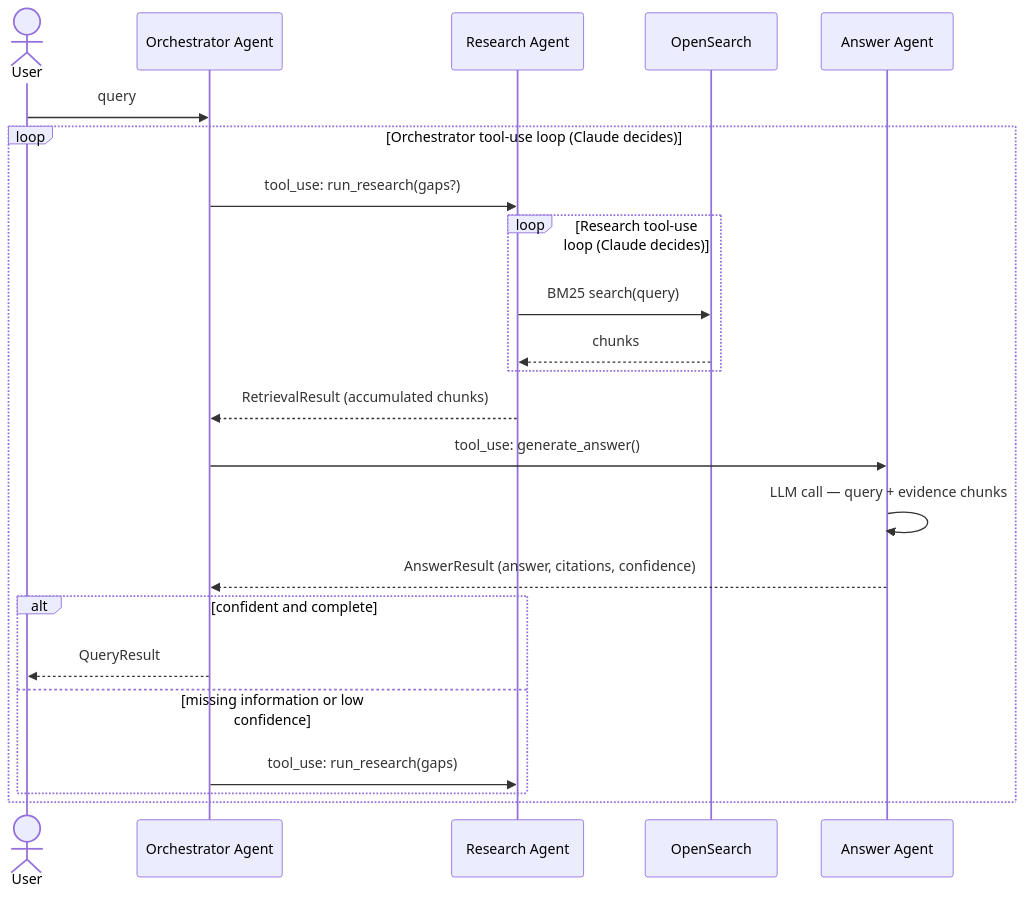
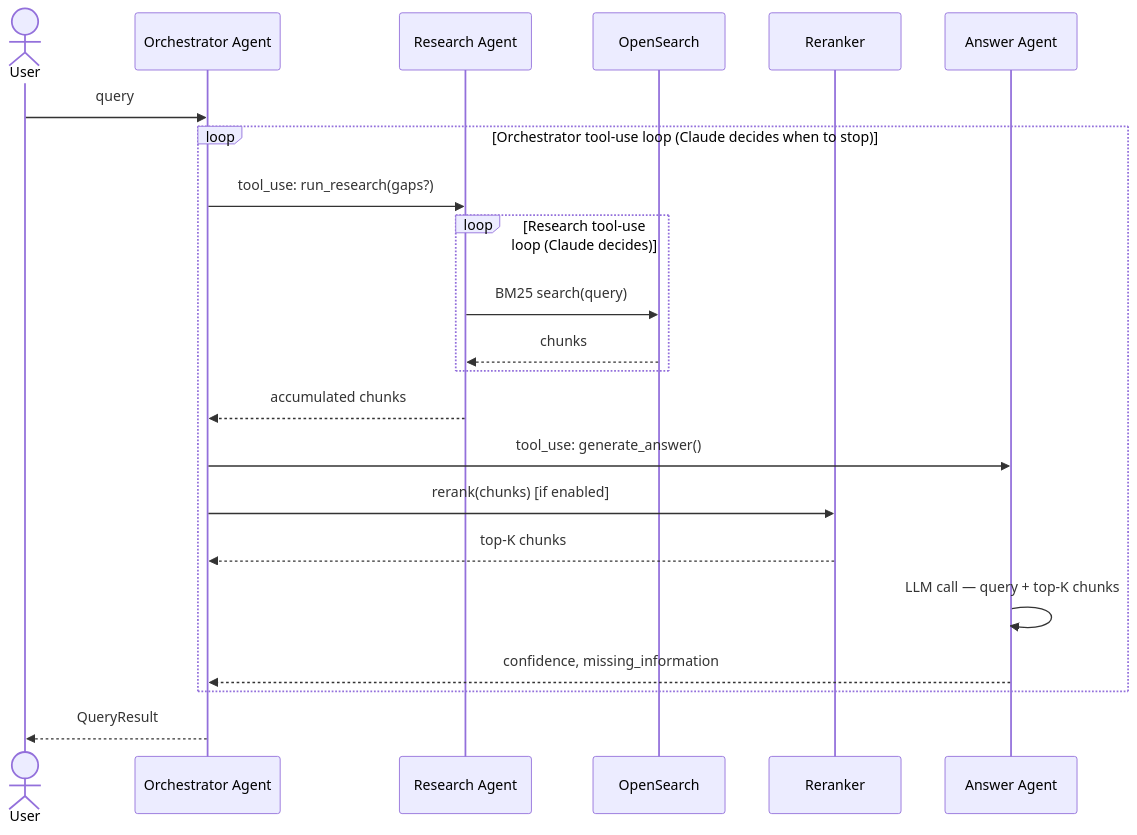
Before and after one commit to sheyko94/linkedin_job_search: the first of 2 diagrams in README.md, drawn with Mermaid. The commit also changed other lines of this file and 1 other file, not shown here.

First line of the commit message:
Update README and CLAUDE.md to reflect current codebase

````diff
--- a/README.md
+++ b/README.md
@@ -15,31 +15,30 @@
 ```mermaid
 sequenceDiagram
     actor User
     participant Orchestrator as Orchestrator Agent
     participant Research as Research Agent
     participant OpenSearch
+    participant Reranker
     participant Answer as Answer Agent
 
     User->>Orchestrator: query
 
-    loop Orchestrator tool-use loop (Claude decides)
+    loop Orchestrator tool-use loop (Claude decides when to stop)
         Orchestrator->>Research: tool_use: run_research(gaps?)
 
         loop Research tool-use loop (Claude decides)
             Research->>OpenSearch: BM25 search(query)
             OpenSearch-->>Research: chunks
         end
 
-        Research-->>Orchestrator: RetrievalResult (accumulated chunks)
+        Research-->>Orchestrator: accumulated chunks
 
         Orchestrator->>Answer: tool_use: generate_answer()
-        Answer->>Answer: LLM call — query + evidence chunks
-        Answer-->>Orchestrator: AnswerResult (answer, citations, confidence)
+        Orchestrator->>Reranker: rerank(chunks) [if enabled]
+        Reranker-->>Orchestrator: top-K chunks
+        Answer->>Answer: LLM call — query + top-K chunks
+        Answer-->>Orchestrator: confidence, missing_information
+    end
 
-        alt confident and complete
-            Orchestrator-->>User: QueryResult
-        else missing information or low confidence
-            Orchestrator->>Research: tool_use: run_research(gaps)
-        end
-    end
+    Orchestrator-->>User: QueryResult
 ```
````
